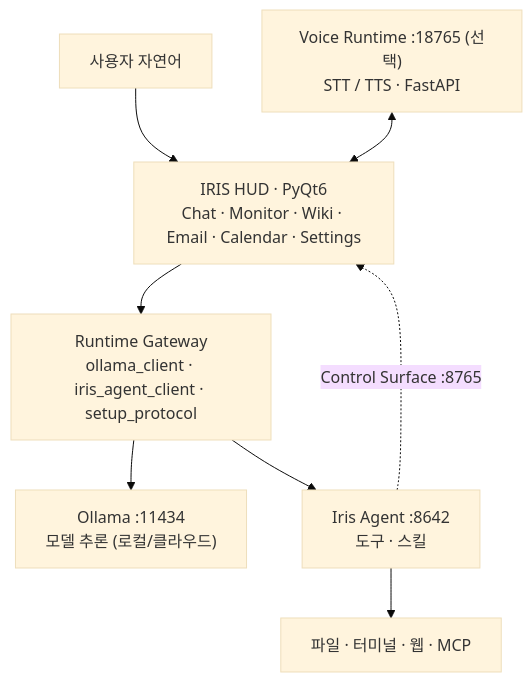
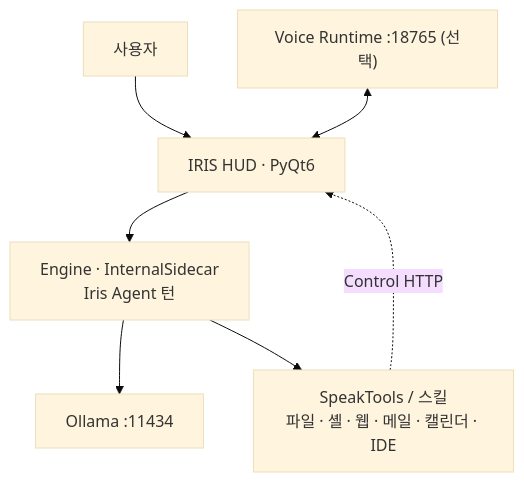
The diagram in README.md (kwakminoo/Project-IRIS-Light), drawn with Mermaid (base theme) before and after one commit. The commit also changed other lines of this file and 7 other files, not shown here.

First line of the commit message:
fix(chat): flush H1 user left and rewrite README for Iris Agent

````diff
--- a/README.md
+++ b/README.md
@@ -139,10 +86,9 @@
 ```mermaid
 flowchart TD
-    U["사용자 자연어"] --> HUD
-    HUD["IRIS HUD · PyQt6<br/>Chat · Monitor · Wiki · Email · Calendar · Settings"] --> GW
-    GW["Runtime Gateway<br/>ollama_client · iris_agent_client · setup_protocol"] --> OL["Ollama :11434<br/>모델 추론 (로컬/클라우드)"]
-    GW --> HM["Iris Agent :8642<br/>도구 · 스킬"]
-    HM --> T["파일 · 터미널 · 웹 · MCP"]
-    HM -. "Control Surface :8765" .-> HUD
-    VR["Voice Runtime :18765 (선택)<br/>STT / TTS · FastAPI"] <--> HUD
+    U["사용자"] --> HUD
+    HUD["IRIS HUD · PyQt6"] --> ENG
+    ENG["Engine · InternalSidecar<br/>Iris Agent 턴"] --> OL["Ollama :11434"]
+    ENG --> ST["SpeakTools / 스킬<br/>파일 · 셸 · 웹 · 메일 · 캘린더 · IDE"]
+    ST -. Control HTTP .-> HUD
+    VR["Voice Runtime :18765 (선택)"] <--> HUD
 ```
````
